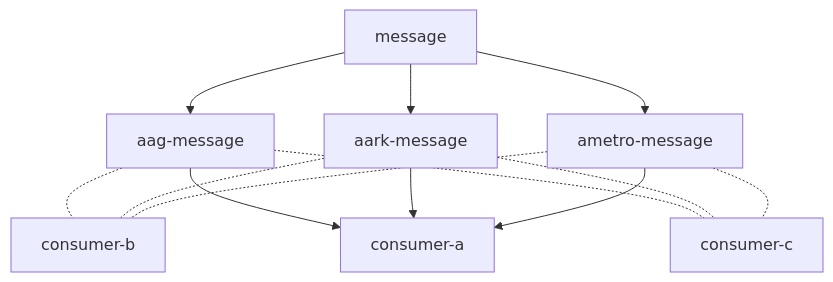
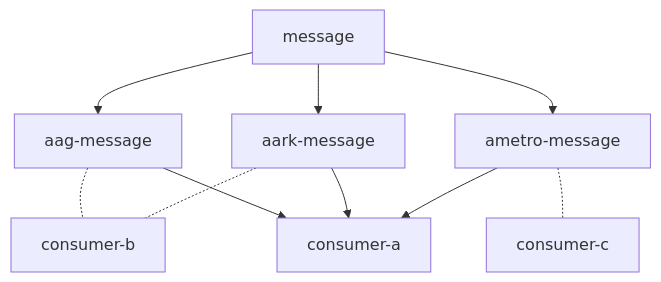
The first of 2 diagrams in readme.md (sethreno/MassTransitPlayground), drawn with Mermaid before and after one commit. The commit also changed other lines of this file, not shown here.

Commit message:
Simplify diagram

````diff
--- a/readme.md
+++ b/readme.md
@@ -21,18 +22,15 @@
 ```mermaid
 flowchart TD;
     message-->aag-message;
     message-->aark-message;
     message-->ametro-message;
 
     aag-message-.-consumer-b;
     aark-message-.-consumer-b;
-    ametro-message-.-consumer-b;
 
     aag-message-->consumer-a;
     aark-message-->consumer-a;
     ametro-message-->consumer-a;
 
-    aag-message-.-consumer-c;
-    aark-message-.-consumer-c;
     ametro-message-.-consumer-c;
 ```
````
